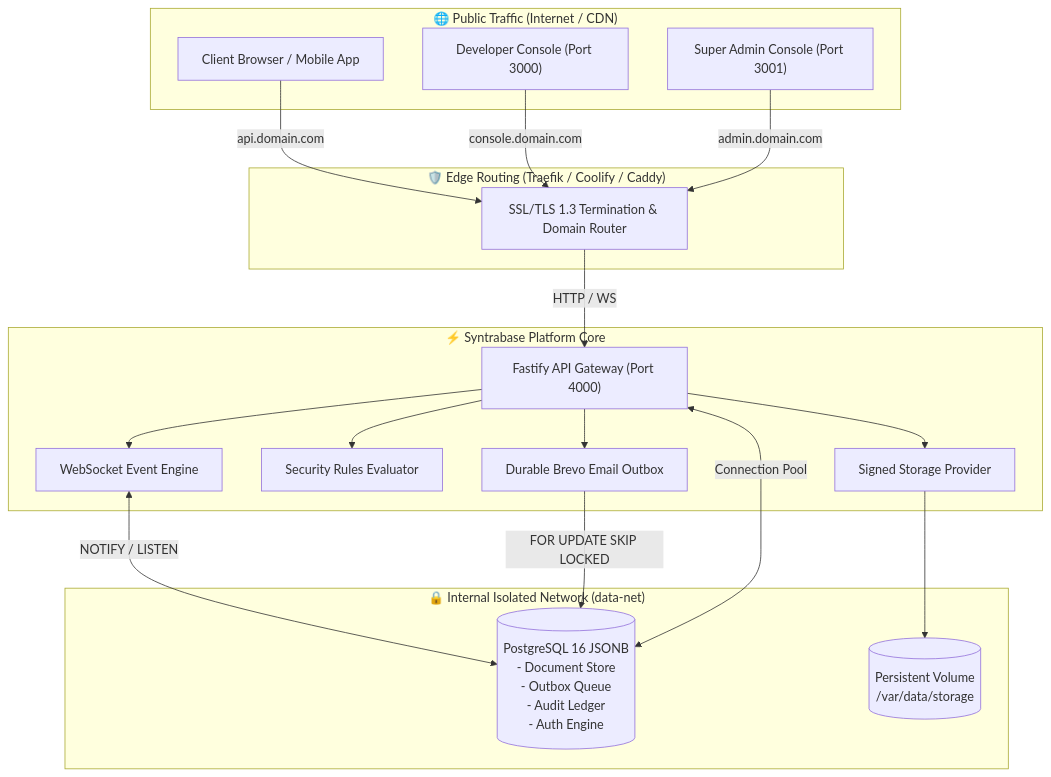
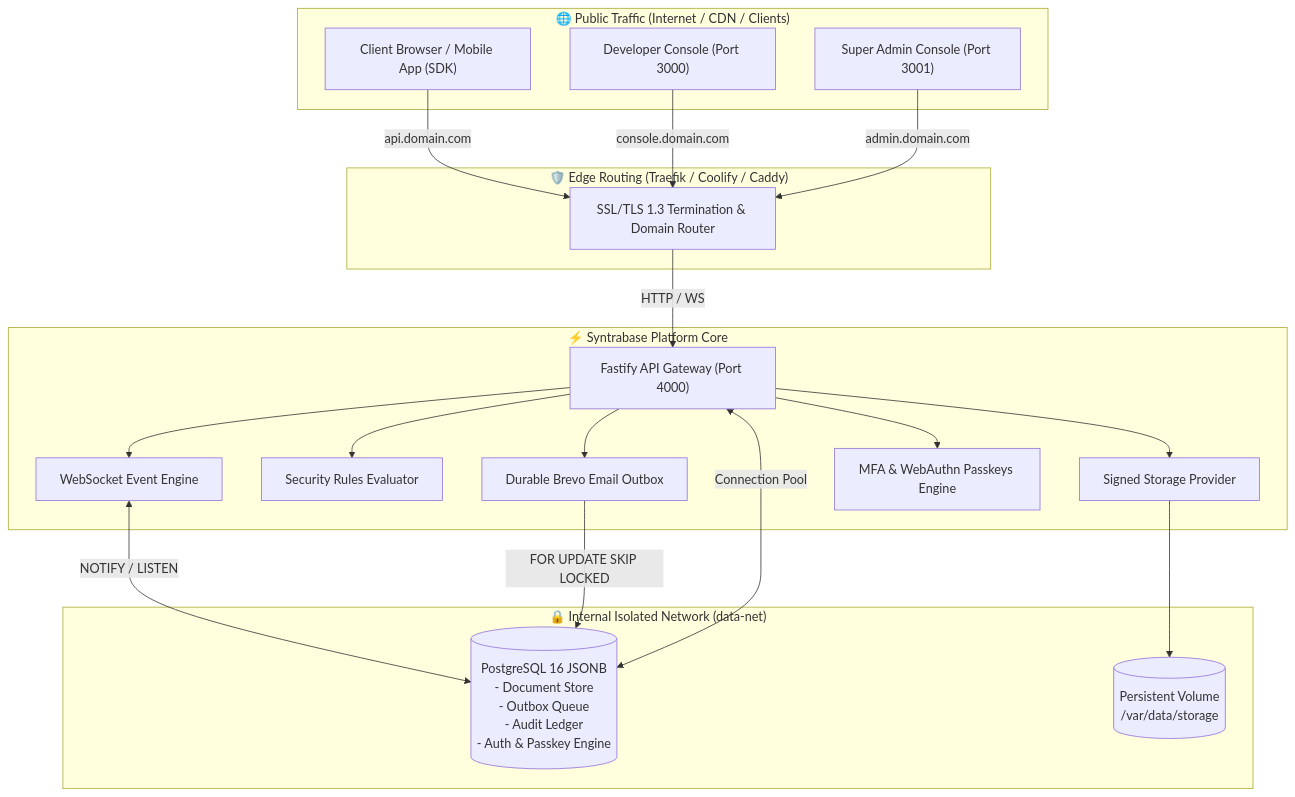
Before and after one commit to Animeki004/Syntrabase: the diagram in README.md, drawn with Mermaid. The commit also changed other lines of this file and 57 other files, not shown here.

Commit message:
feat(v1.2.0): publish landing page, add WebAuthn passkeys, TOTP QR engine, and update SDKs to v1.2.0

````diff
--- a/README.md
+++ b/README.md
@@ -123,40 +264,42 @@
 ```mermaid
 flowchart TD
-    subgraph Edge ["🌐 Public Traffic (Internet / CDN)"]
-        User["Client Browser / Mobile App"]
+    subgraph Edge ["🌐 Public Traffic (Internet / CDN / Clients)"]
+        User["Client Browser / Mobile App (SDK)"]
         Dev["Developer Console (Port 3000)"]
         Admin["Super Admin Console (Port 3001)"]
     end
 
     subgraph Proxy ["🛡️ Edge Routing (Traefik / Coolify / Caddy)"]
         EdgeProxy["SSL/TLS 1.3 Termination & Domain Router"]
     end
 
     subgraph Core ["⚡ Syntrabase Platform Core"]
         FastifyAPI["Fastify API Gateway (Port 4000)"]
         Realtime["WebSocket Event Engine"]
         RulesAST["Security Rules Evaluator"]
         StorageEngine["Signed Storage Provider"]
         EmailOutbox["Durable Brevo Email Outbox"]
+        AuthMFA["MFA & WebAuthn Passkeys Engine"]
     end
 
     subgraph Data ["🔒 Internal Isolated Network (data-net)"]
-        Postgres[("PostgreSQL 16 JSONB\n- Document Store\n- Outbox Queue\n- Audit Ledger\n- Auth Engine")]
+        Postgres[("PostgreSQL 16 JSONB\n- Document Store\n- Outbox Queue\n- Audit Ledger\n- Auth & Passkey Engine")]
         StorageVol[("Persistent Volume\n/var/data/storage")]
     end
 
     User -->|api.domain.com| EdgeProxy
     Dev -->|console.domain.com| EdgeProxy
     Admin -->|admin.domain.com| EdgeProxy
 
     EdgeProxy -->|HTTP / WS| FastifyAPI
     FastifyAPI --> RulesAST
     FastifyAPI --> StorageEngine
     FastifyAPI --> EmailOutbox
     FastifyAPI --> Realtime
+    FastifyAPI --> AuthMFA
 
     Realtime <-->|NOTIFY / LISTEN| Postgres
     EmailOutbox -->|FOR UPDATE SKIP LOCKED| Postgres
     StorageEngine --> StorageVol
     FastifyAPI <-->|Connection Pool| Postgres
 ```
````
